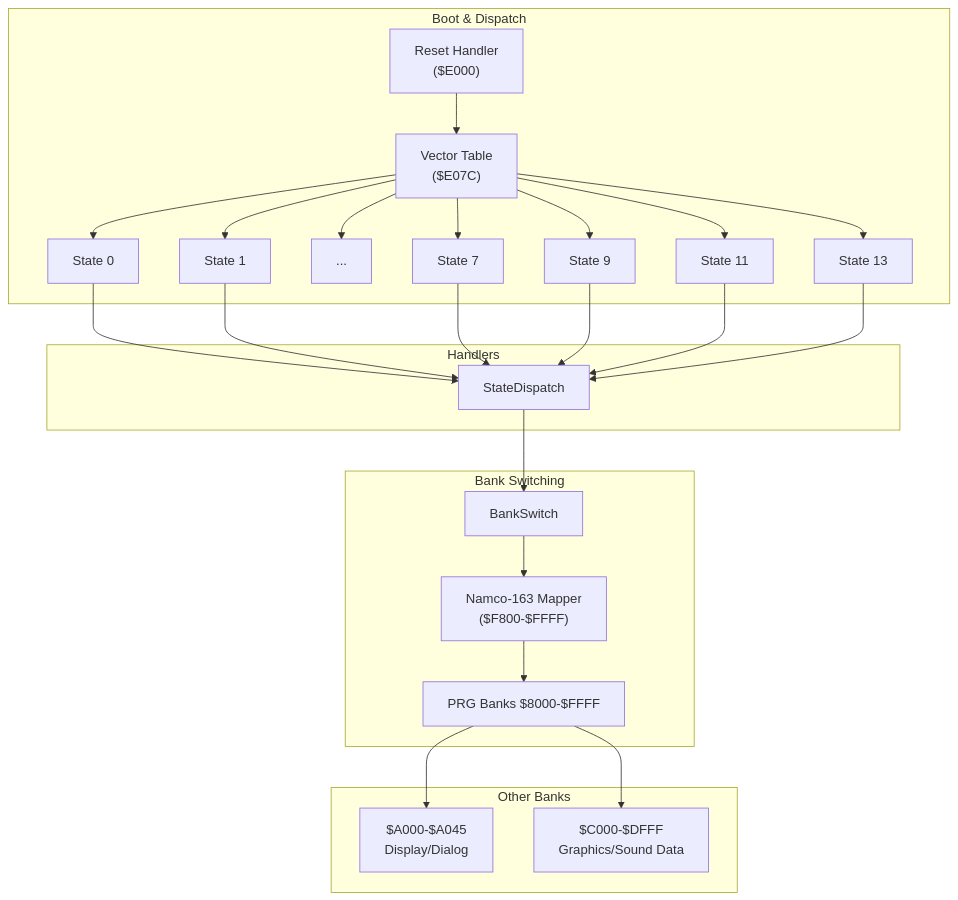
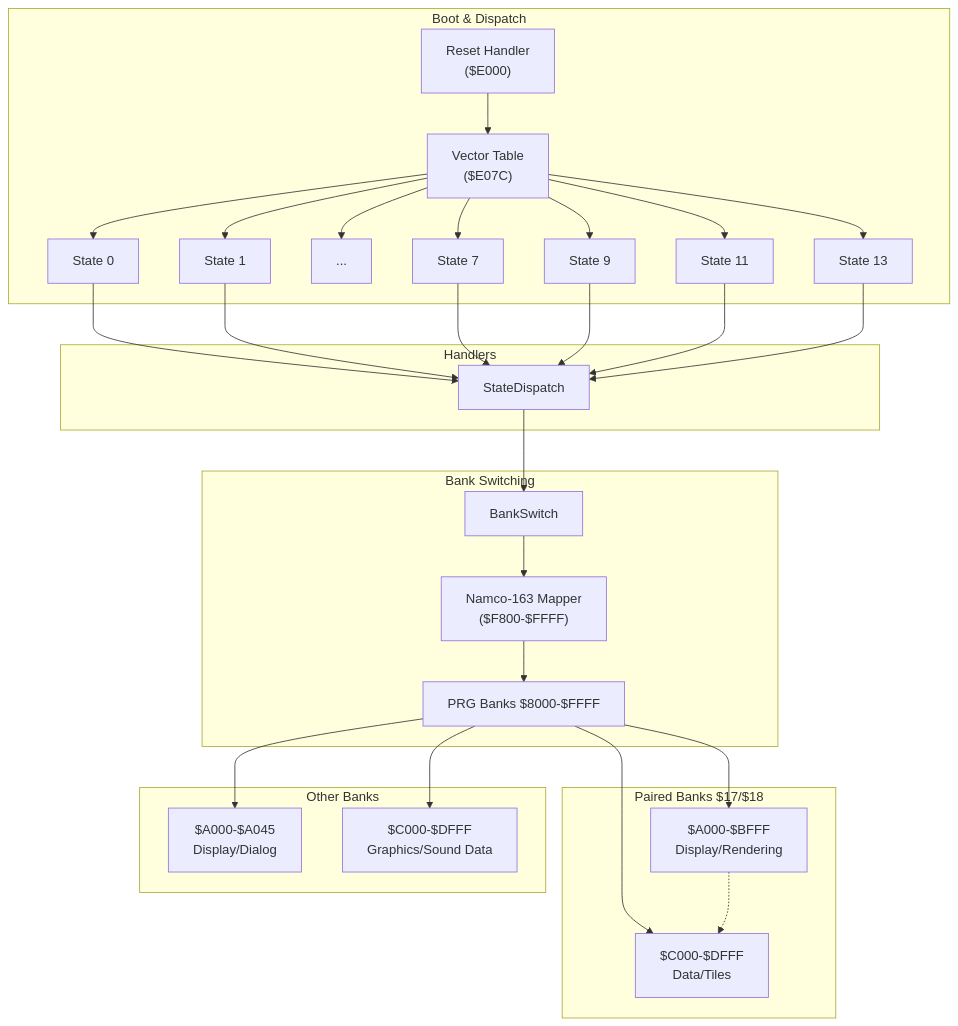
One commit to rabbyzero/sango2dasm changed the second of 6 diagrams in .qoder/repowiki/en/content/Disassembly Workflow/Disassembly Workflow.md. Above: the diagram before and after it, drawn with Mermaid. The commit also changed other lines of this file and 11 other files, not shown here.

````diff
--- a/.qoder/repowiki/en/content/Disassembly Workflow/Disassembly Workflow.md
+++ b/.qoder/repowiki/en/content/Disassembly Workflow/Disassembly Workflow.md
@@ -155,30 +172,35 @@
 ```mermaid
 graph TB
 subgraph "Boot & Dispatch"
 R["Reset Handler<br/>($E000)"] --> VT["Vector Table<br/>($E07C)"]
 VT --> S0["State 0"]
 VT --> S1["State 1"]
 VT --> S2["..."]
 VT --> S7["State 7"]
 VT --> S9["State 9"]
 VT --> S11["State 11"]
 VT --> S13["State 13"]
 end
 subgraph "Handlers"
 S0 --> SD["StateDispatch"]
 S1 --> SD
 S7 --> SD
 S9 --> SD
 S11 --> SD
 S13 --> SD
 end
 subgraph "Bank Switching"
 SD --> BS["BankSwitch"]
 BS --> MAP["Namco-163 Mapper<br/>($F800-$FFFF)"]
 MAP --> PRG["PRG Banks $8000-$FFFF"]
 end
+subgraph "Paired Banks $17/$18"
+PRG --> B17["$A000-$BFFF<br/>Display/Rendering"]
+PRG --> B18["$C000-$DFFF<br/>Data/Tiles"]
+B17 -.-> B18
+end
 subgraph "Other Banks"
 PRG --> B0["$A000-$A045<br/>Display/Dialog"]
 PRG --> B1["$C000-$DFFF<br/>Graphics/Sound Data"]
 end
 ```
````
